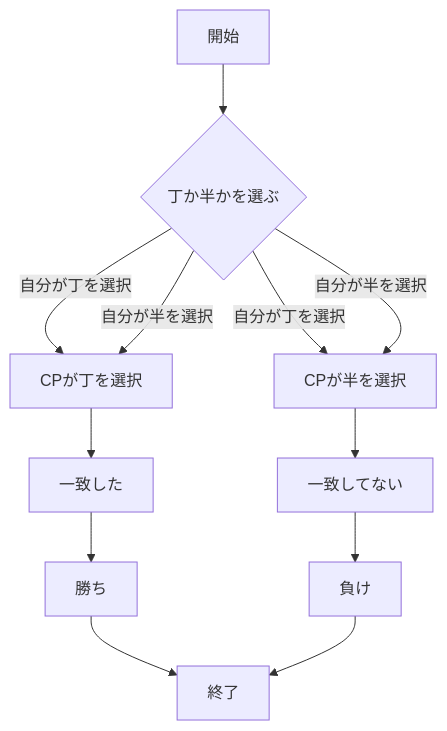
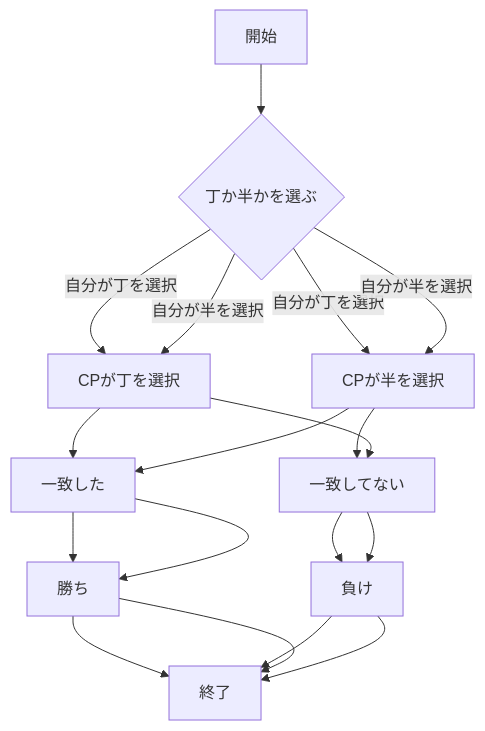
Before and after one commit to km919/webpro_06: the eighth of 9 diagrams in README.md, drawn with Mermaid.

Commit message:
12月27日2:23に編集済

````diff
--- a/README.md
+++ b/README.md
@@ -291,13 +291,15 @@
 ```mermaid
 flowchart TD;
 start["開始"];
 end1["終了"]
 if{"丁か半かを選ぶ"}
 start --> if
 if --> |自分が丁を選択| CPが丁を選択
 CPが丁を選択 --> 一致した --> 勝ち --> end1
 if --> |自分が丁を選択| CPが半を選択
 CPが半を選択 --> 一致してない --> 負け --> end1
 if --> |自分が半を選択| CPが半を選択
+CPが半を選択 --> 一致した --> 勝ち --> end1
 if --> |自分が半を選択| CPが丁を選択
+CPが丁を選択 --> 一致してない --> 負け --> end1
 ```
````
